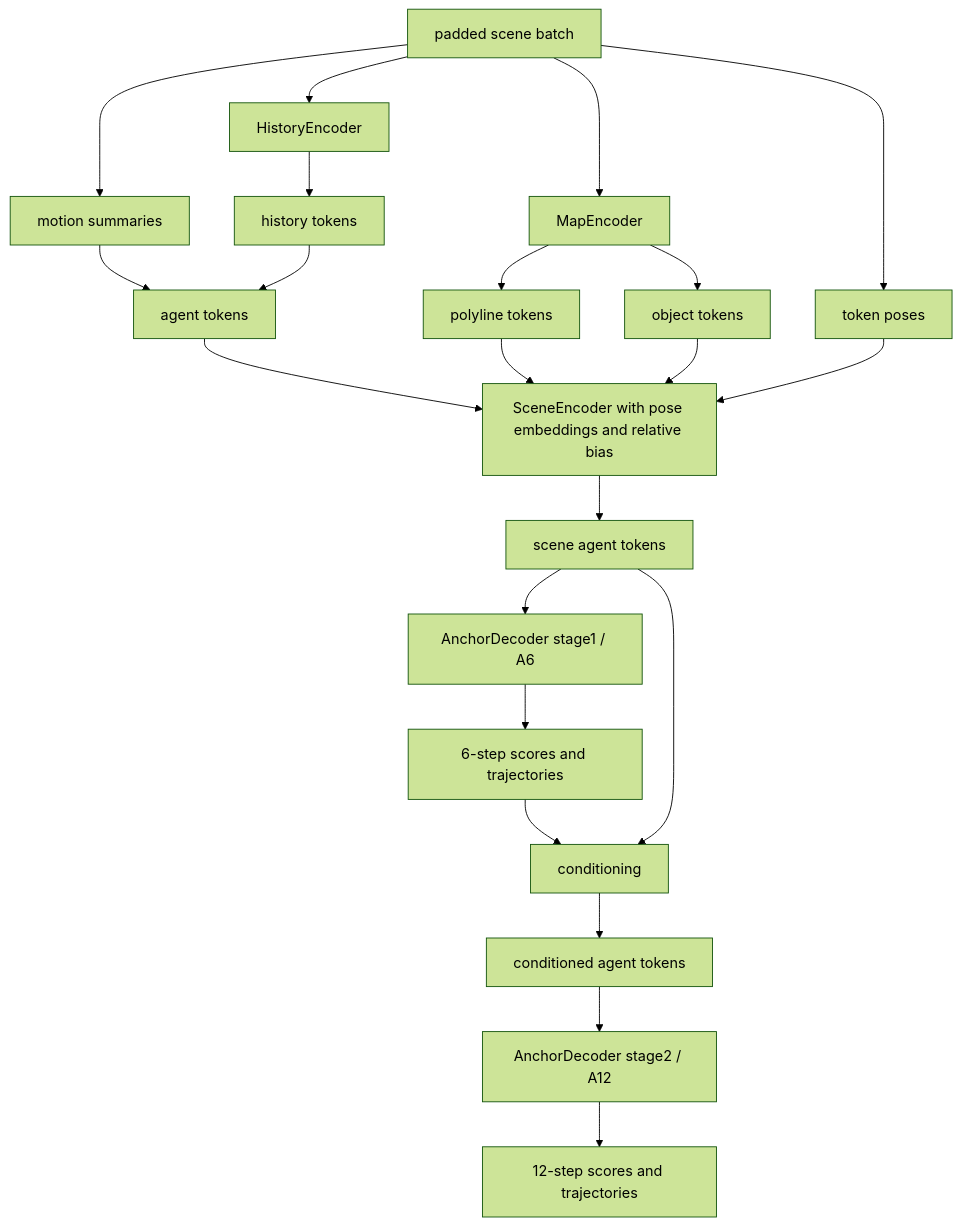
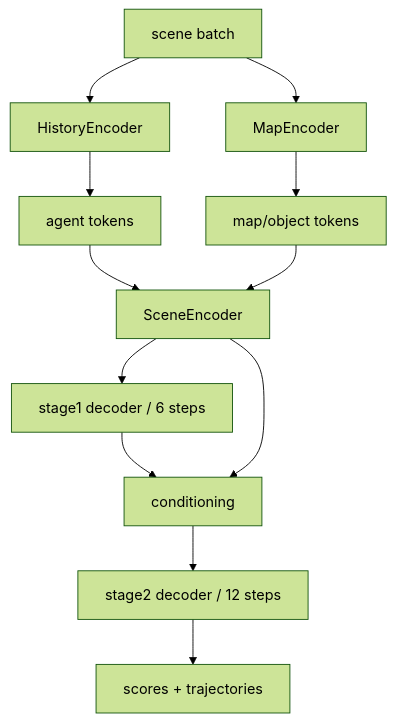
The second of 2 diagrams in README.md (alibekula/motion_nuscenes), drawn with Mermaid (forest theme) before and after one commit. The commit also changed other lines of this file and 3 other files, not shown here.

````diff
--- a/README.md
+++ b/README.md
@@ -87,30 +77,14 @@
 ```mermaid
 flowchart TD
-    A["padded scene batch"] --> B["HistoryEncoder"]
-    A --> C["motion summaries"]
-    A --> D["MapEncoder"]
-    A --> Q["token poses"]
-
-    B --> E["history tokens"]
-    C --> F["agent tokens"]
+    A["scene batch"] --> B["HistoryEncoder"]
+    A --> C["MapEncoder"]
+    B --> D["agent tokens"]
+    C --> E["map/object tokens"]
+    D --> F["SceneEncoder"]
     E --> F
-
-    D --> G["polyline tokens"]
-    D --> H["object tokens"]
-
-    F --> I["SceneEncoder with pose embeddings and relative bias"]
-    G --> I
-    H --> I
-    Q --> I
-
-    I --> J["scene agent tokens"]
-    J --> K["AnchorDecoder stage1 / A6"]
-    K --> L["6-step scores and trajectories"]
-
-    L --> M["conditioning"]
-    J --> M
-    M --> N["conditioned agent tokens"]
-
-    N --> O["AnchorDecoder stage2 / A12"]
-    O --> P["12-step scores and trajectories"]
+    F --> G["stage1 decoder / 6 steps"]
+    G --> H["conditioning"]
+    F --> H
+    H --> I["stage2 decoder / 12 steps"]
+    I --> J["scores + trajectories"]
 ```
````
